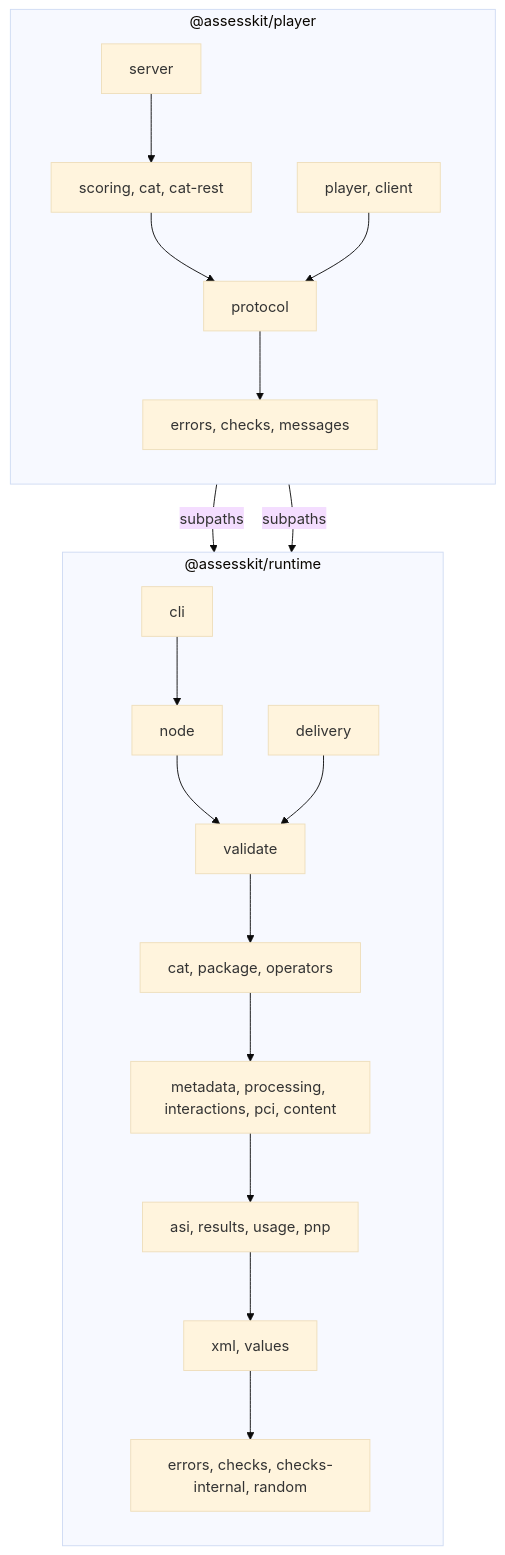
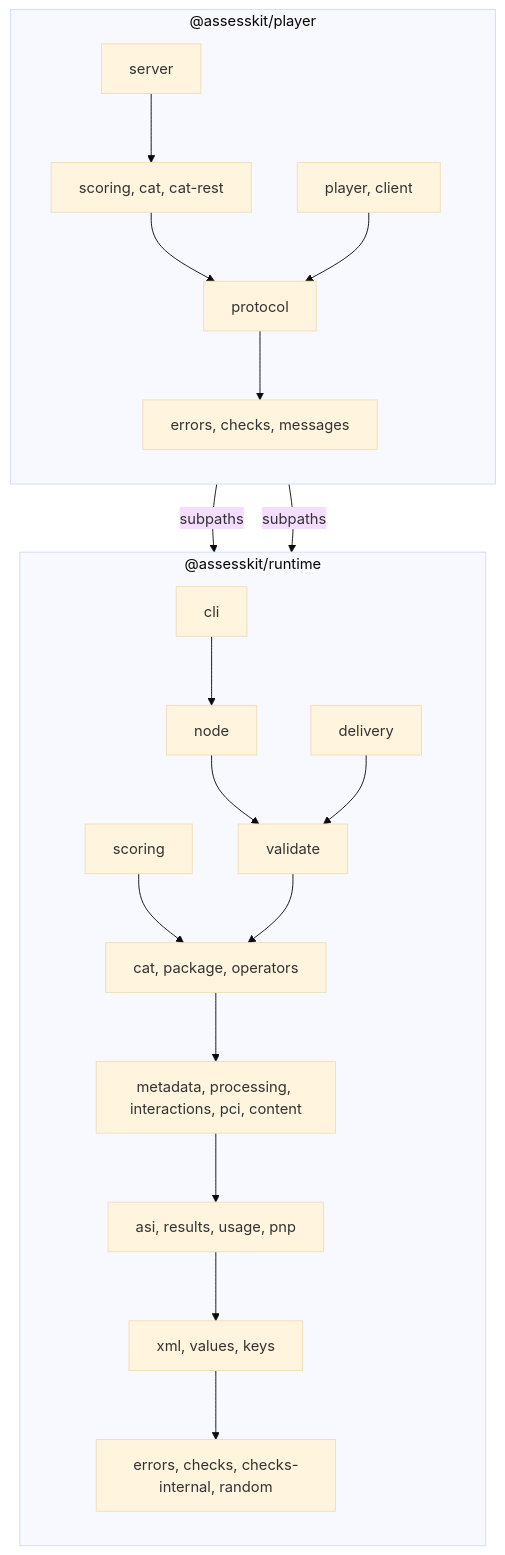
Before and after one commit to assesskit/assesskit: the diagram in docs/runtime/architecture.md, drawn with Mermaid (base theme). The commit also changed other lines of this file and 50 other files, not shown here.

````diff
--- a/docs/runtime/architecture.md
+++ b/docs/runtime/architecture.md
@@ -10,24 +10,25 @@
 ```mermaid
 flowchart TD
   subgraph player["@assesskit/player"]
     direction TB
     ps["server"] --> pk["scoring, cat, cat-rest"]
     pb["player, client"]
     pk --> pp["protocol"]
     pb --> pp
     pp --> pm["errors, checks, messages"]
   end
   subgraph runtime["@assesskit/runtime"]
     direction TB
     cli["cli"] --> node["node"]
     node --> validate["validate"]
     delivery["delivery"] --> validate
+    scoring["scoring"] --> l5
     validate --> l5["cat, package, operators"]
     l5 --> l4["metadata, processing, interactions, pci, content"]
     l4 --> l3["asi, results, usage, pnp"]
-    l3 --> l2["xml, values"]
+    l3 --> l2["xml, values, keys"]
     l2 --> l1["errors, checks, checks-internal, random"]
   end
   pb -->|"subpaths"| delivery
   ps -->|"subpaths"| delivery
 ```
````
